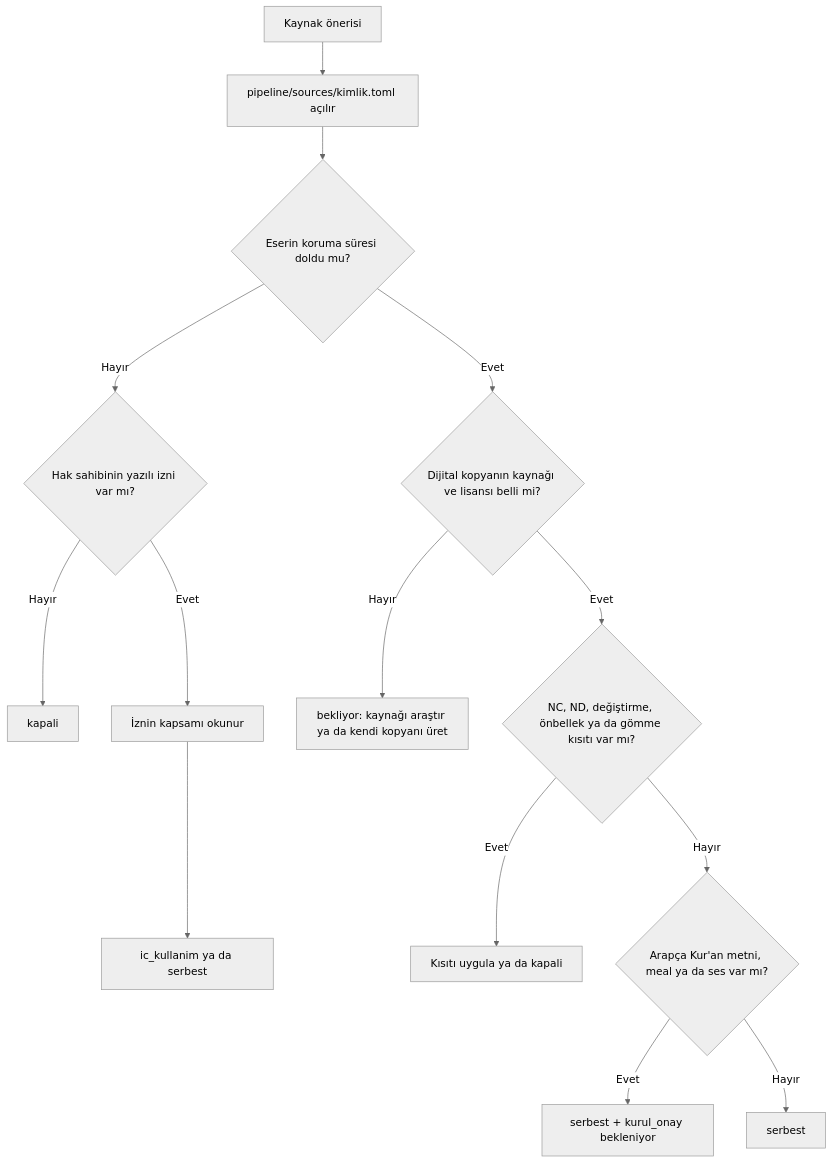
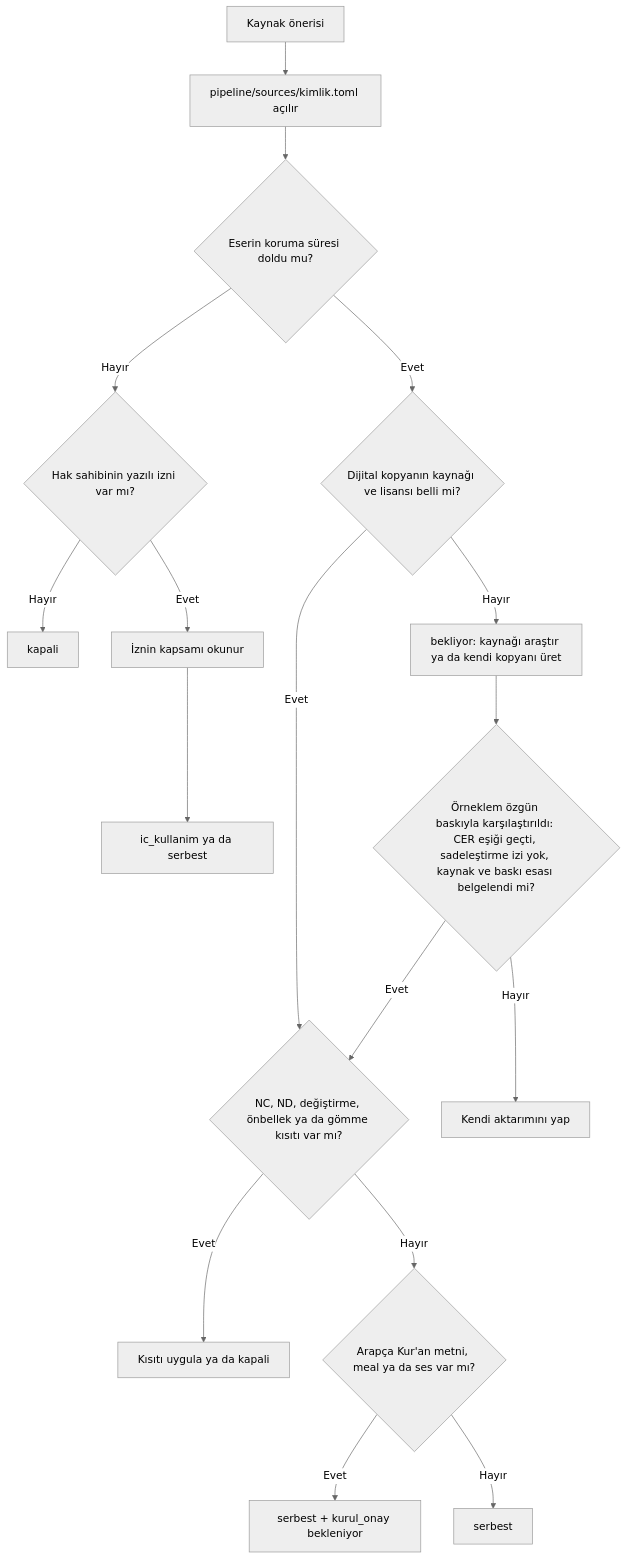
The diagram in docs/04-icerik/01-kaynaklar-ve-lisans-defteri.md (karasaid379-hue/mutalaa), drawn with Mermaid (neutral theme) before and after one commit. The commit also changed other lines of this file and 18 other files, not shown here.

````diff
--- a/docs/04-icerik/01-kaynaklar-ve-lisans-defteri.md
+++ b/docs/04-icerik/01-kaynaklar-ve-lisans-defteri.md
@@ -268,15 +268,18 @@
 ```mermaid
 flowchart TD
   A[Kaynak önerisi] --> B[pipeline/sources/kimlik.toml açılır]
   B --> C{Eserin koruma süresi doldu mu?}
   C -- Hayır --> D{Hak sahibinin yazılı izni var mı?}
   D -- Hayır --> K[kapali]
   D -- Evet --> E[İznin kapsamı okunur] --> P[ic_kullanim ya da serbest]
   C -- Evet --> F{Dijital kopyanın kaynağı ve lisansı belli mi?}
   F -- Hayır --> G[bekliyor: kaynağı araştır ya da kendi kopyanı üret]
+  G --> G2{"Örneklem özgün baskıyla karşılaştırıldı: CER eşiği geçti, sadeleştirme izi yok, kaynak ve baskı esası belgelendi mi?"}
+  G2 -- Evet --> H
+  G2 -- Hayır --> G3[Kendi aktarımını yap]
   F -- Evet --> H{NC, ND, değiştirme, önbellek ya da gömme kısıtı var mı?}
   H -- Evet --> I[Kısıtı uygula ya da kapali]
   H -- Hayır --> J{Arapça Kur'an metni, meal ya da ses var mı?}
   J -- Evet --> L[serbest + kurul_onay bekleniyor]
   J -- Hayır --> M[serbest]
 ```
````
